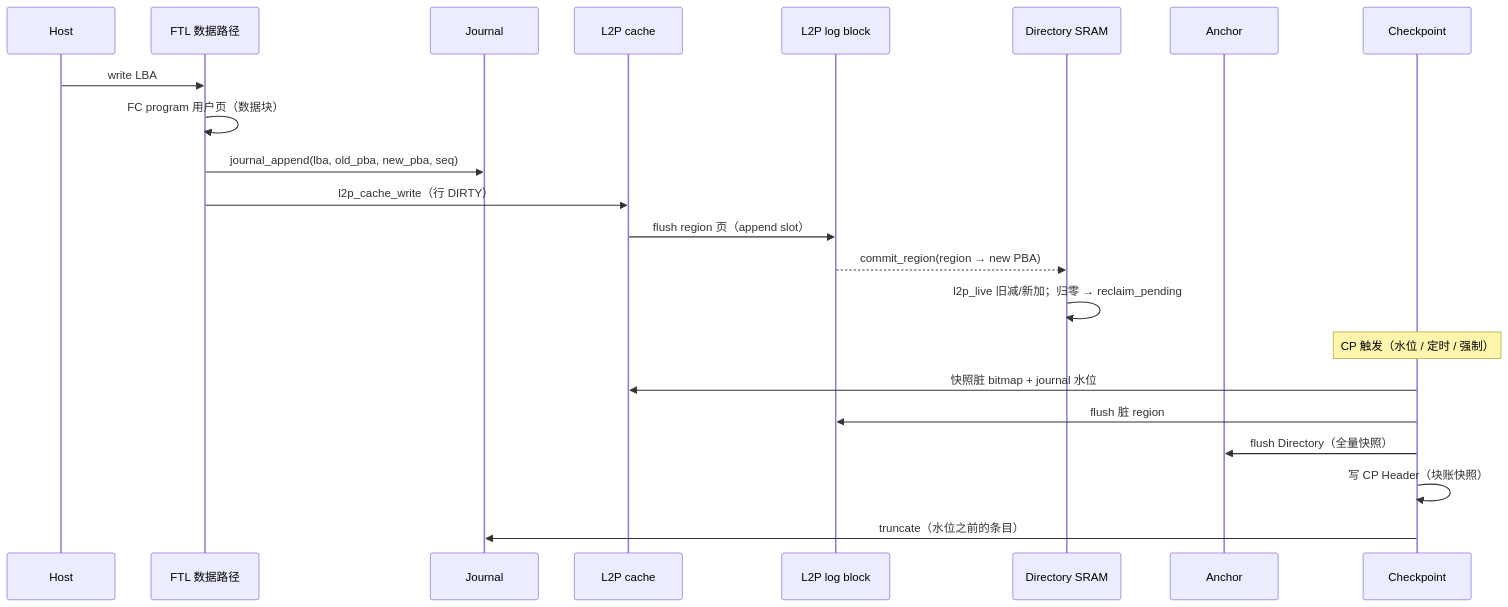
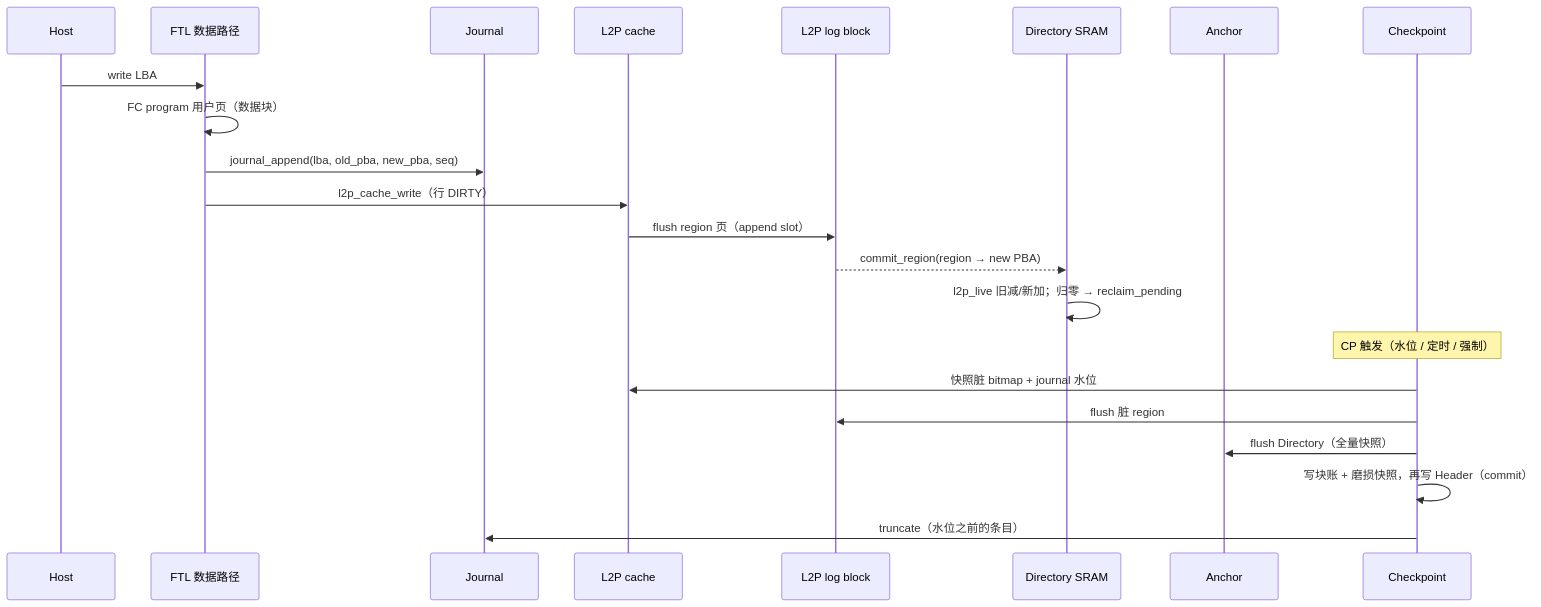
Before and after one commit to YzYMIAO/BASESSD: the fourth of 32 diagrams in docs/design/ftl_design.md, drawn with Mermaid. The commit also changed other lines of this file and 26 other files, not shown here.

````diff
--- a/docs/design/ftl_design.md
+++ b/docs/design/ftl_design.md
@@ -787,24 +793,24 @@
 ```mermaid
 sequenceDiagram
     participant H as Host
     participant F as FTL 数据路径
     participant J as Journal
     participant L as L2P cache
     participant LB as L2P log block
     participant D as Directory SRAM
     participant A as Anchor
     participant C as Checkpoint
     H->>F: write LBA
     F->>F: FC program 用户页（数据块）
     F->>J: journal_append(lba, old_pba, new_pba, seq)
     F->>L: l2p_cache_write（行 DIRTY）
     L->>LB: flush region 页（append slot）
     LB-->>D: commit_region(region → new PBA)
     D->>D: l2p_live 旧减/新加；归零 → reclaim_pending
     Note over C: CP 触发（水位 / 定时 / 强制）
     C->>L: 快照脏 bitmap + journal 水位
     C->>LB: flush 脏 region
     C->>A: flush Directory（全量快照）
-    C->>C: 写 CP Header（块账快照）
+    C->>C: 写块账 + 磨损快照，再写 Header（commit）
     C->>J: truncate（水位之前的条目）
 ```
````
